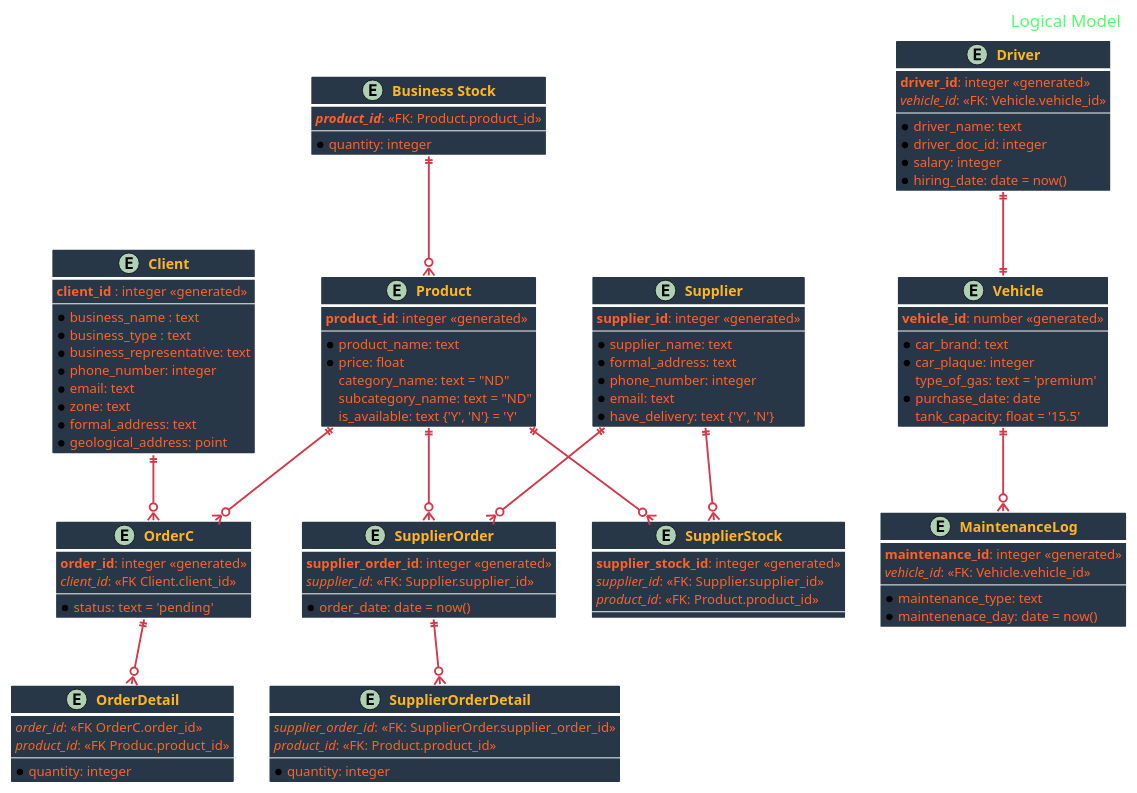
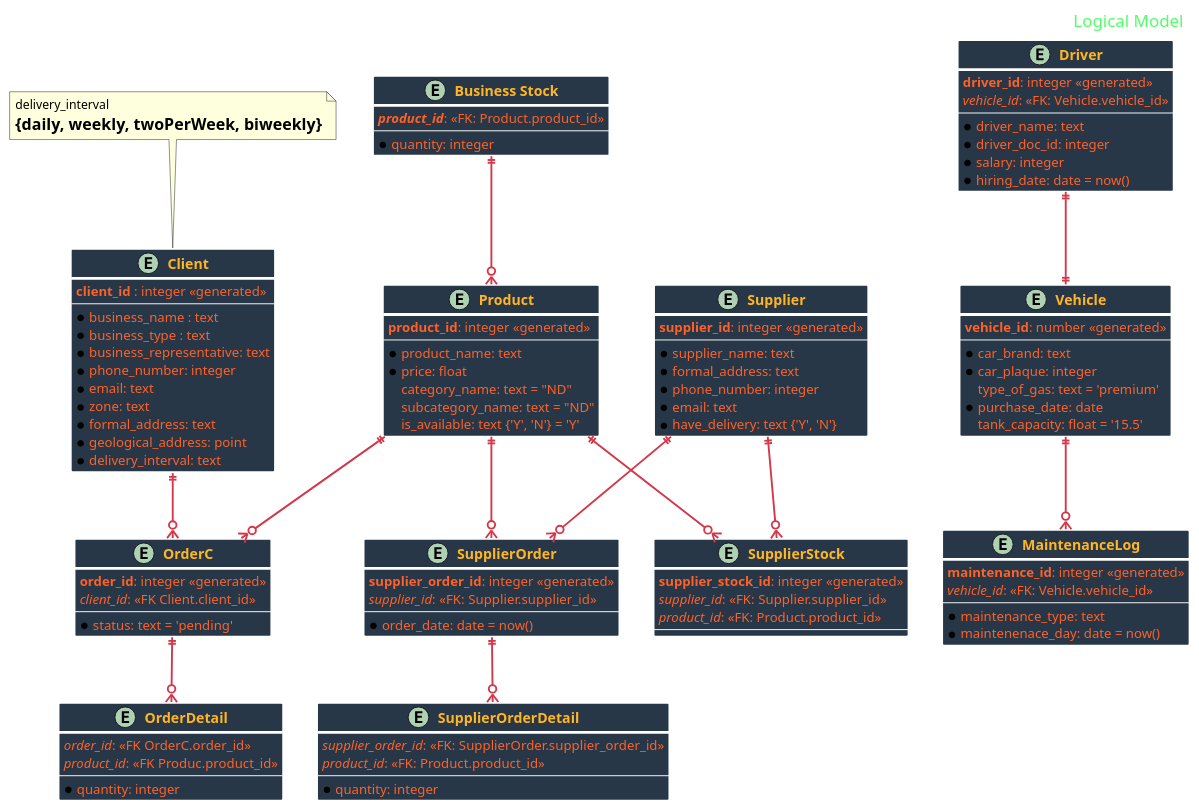
One commit to hros19/CorreCaminos-management-system changed the diagram in logical_diagram.puml. Above: the diagram before and after it, drawn with PlantUML.

Commit message:
Update logical_diagram.puml
Delivery interval added, clients can have a daily, twoPerWeek, weekly and biweekly deliveries.

```diff
--- a/logical_diagram.puml
+++ b/logical_diagram.puml
@@ -1,139 +1,144 @@
 @startuml Logical Database Model
 
 skinparam BackgroundColor transparent
 
 skinparam HeaderFontColor #52FF69
 skinparam HeaderFontSize 18
 
 skinparam ArrowFontSize 15
 skinparam ArrowColor D3374A
 skinparam ArrowThickness 2
 skinparam ArrowFontColor #3FD0C4
 
 skinparam ClassBorderColor white
 skinparam ClassBorderThickness 3
 skinparam ClassAttributeFontSize 14
 skinparam ClassAttributeFontColor FF6127
 skinparam ClassBackgroundColor #283747
 skinparam ClassFontSize 15
 skinparam ClassFontStyle Bold
 skinparam ClassFontColor #FFB623
 
 
 header Logical Model
 
 entity "Client" as Client {
   **client_id** : integer <<generated>>
   --
   *business_name : text
   *business_type : text
   *business_representative: text
   *phone_number: integer
   *email: text
   *zone: text
   *formal_address: text
   *geological_address: point
+  *delivery_interval: text
 }
+note top
+  delivery_interval 
+  = {daily, weekly, twoPerWeek, biweekly}
+end note
 
 entity "Vehicle" as Vehicle {
     **vehicle_id**: number <<generated>>
     --
     *car_brand: text
     *car_plaque: integer
     type_of_gas: text = 'premium'
     *purchase_date: date
     tank_capacity: float = '15.5' 
 }
 
 entity "MaintenanceLog" as MaintenanceLog {
     **maintenance_id**: integer <<generated>>
      //vehicle_id//: <<FK: Vehicle.vehicle_id>> 
     --
     *maintenance_type: text
     *maintenenace_day: date = now()
 }
 
 entity "Driver" as Driver {
     **driver_id**: integer <<generated>>
     //vehicle_id//: <<FK: Vehicle.vehicle_id>>
     --
     *driver_name: text
     *driver_doc_id: integer
     *salary: integer
     *hiring_date: date = now()
 }
 
 entity "OrderC" as OrderC{
     **order_id**: integer <<generated>>
     //client_id//: <<FK Client.client_id>>
     --
     *status: text = 'pending'
 }
 
 entity "OrderDetail" as OrderDetail {
     //order_id//: <<FK OrderC.order_id>>
     //product_id//: <<FK Produc.product_id>>
     --
     *quantity: integer
 }
 
 entity "Business Stock" as BusinessStock {
     **//product_id//**: <<FK: Product.product_id>>
     --
     *quantity: integer
 }
 
 entity "Supplier" as Supplier {
     **supplier_id**: integer <<generated>>
     --
     *supplier_name: text
     *formal_address: text
     *phone_number: integer
     *email: text
     *have_delivery: text {'Y', 'N'}
 }
 
 entity "Product" as Product {
     **product_id**: integer <<generated>>
     --
     *product_name: text
     *price: float
     category_name: text = "ND"
     subcategory_name: text = "ND"
     is_available: text {'Y', 'N'} = 'Y'
 }
 
 entity "SupplierStock" as SupplierStock {
     **supplier_stock_id**: integer <<generated>>
     //supplier_id//: <<FK: Supplier.supplier_id>>
     //product_id//: <<FK: Product.product_id>>
     --
 }
 
 entity "SupplierOrder" as SupplierOrder {
     **supplier_order_id**: integer <<generated>>
     //supplier_id//: <<FK: Supplier.supplier_id>>
     --
    *order_date: date = now()
 }
 
 entity "SupplierOrderDetail" as SupplierOrderDetail {
     //supplier_order_id//: <<FK: SupplierOrder.supplier_order_id>>
     //product_id//: <<FK: Product.product_id>>
     --
     *quantity: integer
 }
 
 Driver ||--|| Vehicle
 Vehicle ||--o{ MaintenanceLog
 Client ||--o{ OrderC
 Product ||--o{ OrderC
 OrderC ||--o{ OrderDetail
 Supplier ||--o{ SupplierOrder
 Supplier ||--o{ SupplierStock
 Product ||--o{ SupplierStock
 Product ||--o{ SupplierOrder
 BusinessStock ||--o{ Product
 SupplierOrder ||--o{  SupplierOrderDetail
 
 @enduml
```
